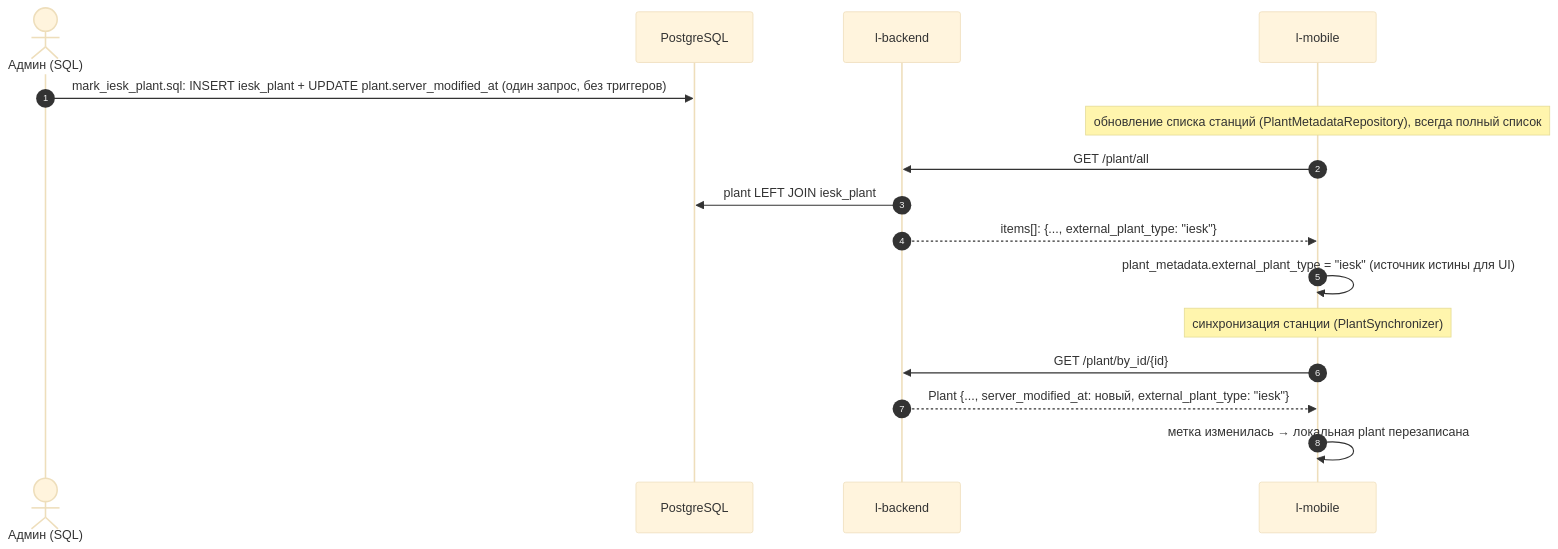
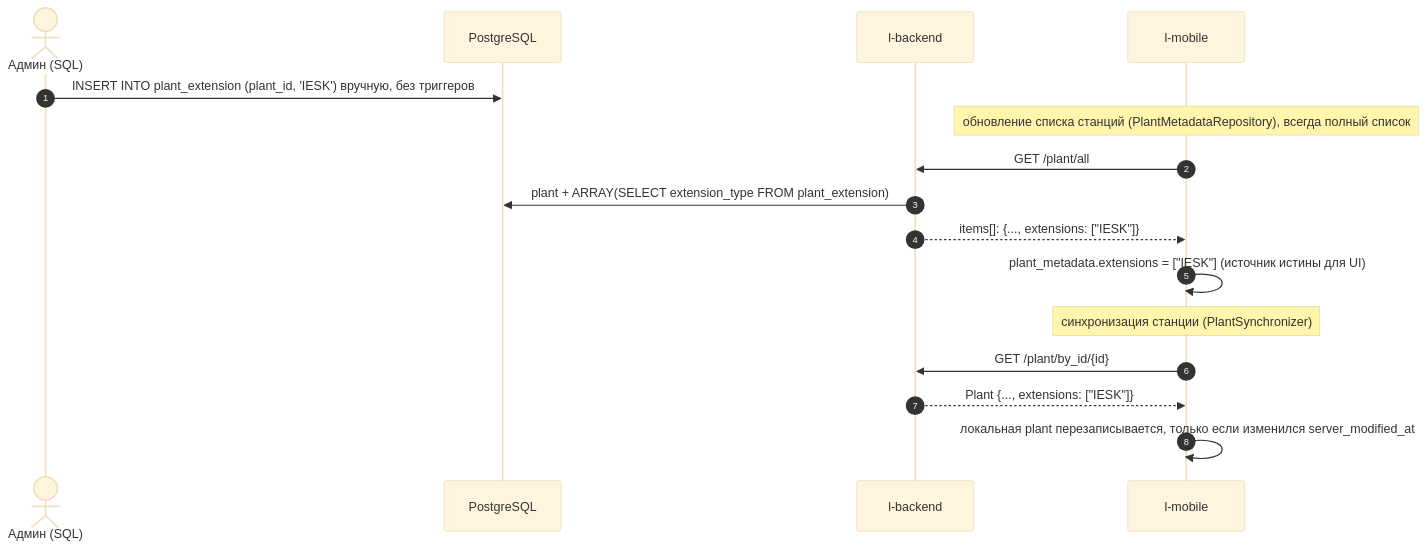
One commit to Thermoelectrica/l-backend changed the second of 5 diagrams in docs/iesk/sync-flow.md. Above: the diagram before and after it, drawn with Mermaid (base theme). The commit also changed other lines of this file and 14 other files, not shown here.

````diff
--- a/docs/iesk/sync-flow.md
+++ b/docs/iesk/sync-flow.md
@@ -49,21 +48,21 @@
 ```mermaid
 sequenceDiagram
     autonumber
     actor Admin as Админ (SQL)
     participant DB as PostgreSQL
     participant API as l-backend
     participant M as l-mobile
 
-    Admin->>DB: mark_iesk_plant.sql: INSERT iesk_plant + UPDATE plant.server_modified_at (один запрос, без триггеров)
+    Admin->>DB: INSERT INTO plant_extension (plant_id, 'IESK') вручную, без триггеров
 
     Note over M: обновление списка станций (PlantMetadataRepository), всегда полный список
     M->>API: GET /plant/all
-    API->>DB: plant LEFT JOIN iesk_plant
-    API-->>M: items[]: {..., external_plant_type: "iesk"}
-    M->>M: plant_metadata.external_plant_type = "iesk" (источник истины для UI)
+    API->>DB: plant + ARRAY(SELECT extension_type FROM plant_extension)
+    API-->>M: items[]: {..., extensions: ["IESK"]}
+    M->>M: plant_metadata.extensions = ["IESK"] (источник истины для UI)
 
     Note over M: синхронизация станции (PlantSynchronizer)
     M->>API: GET /plant/by_id/{id}
-    API-->>M: Plant {..., server_modified_at: новый, external_plant_type: "iesk"}
-    M->>M: метка изменилась → локальная plant перезаписана
+    API-->>M: Plant {..., extensions: ["IESK"]}
+    M->>M: локальная plant перезаписывается, только если изменился server_modified_at
 ```
````
